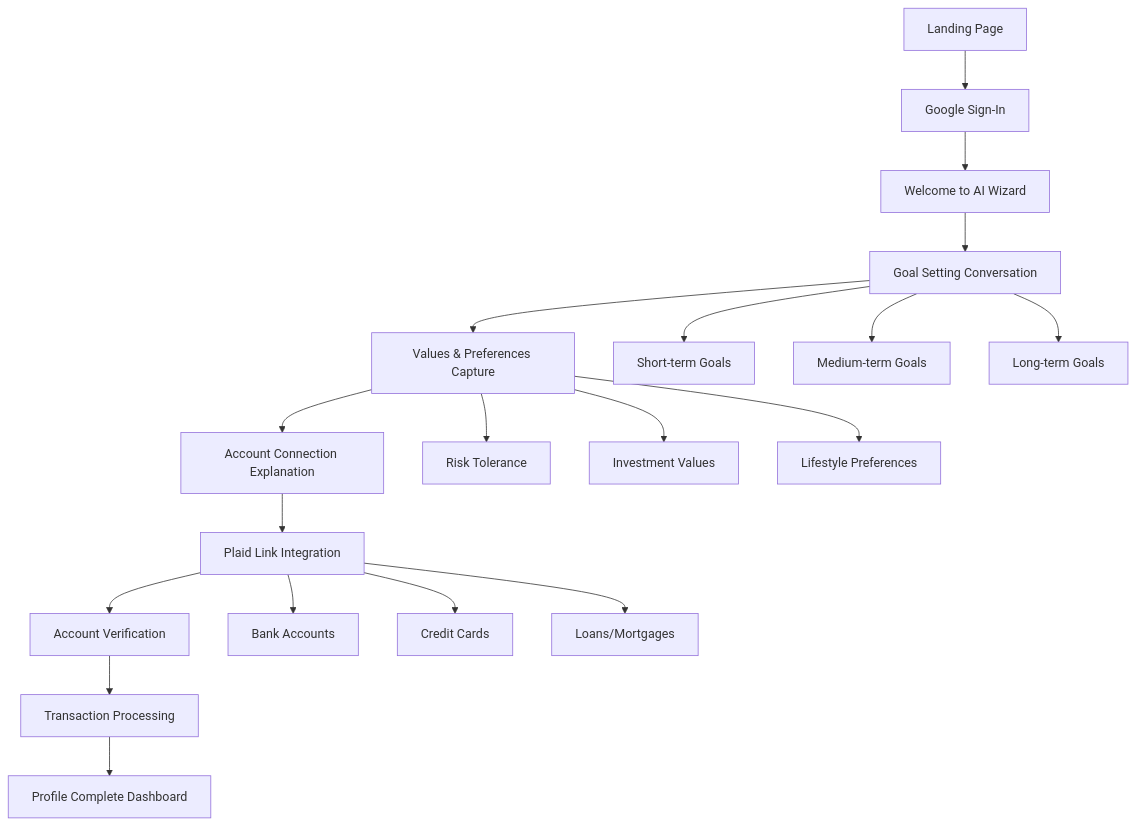
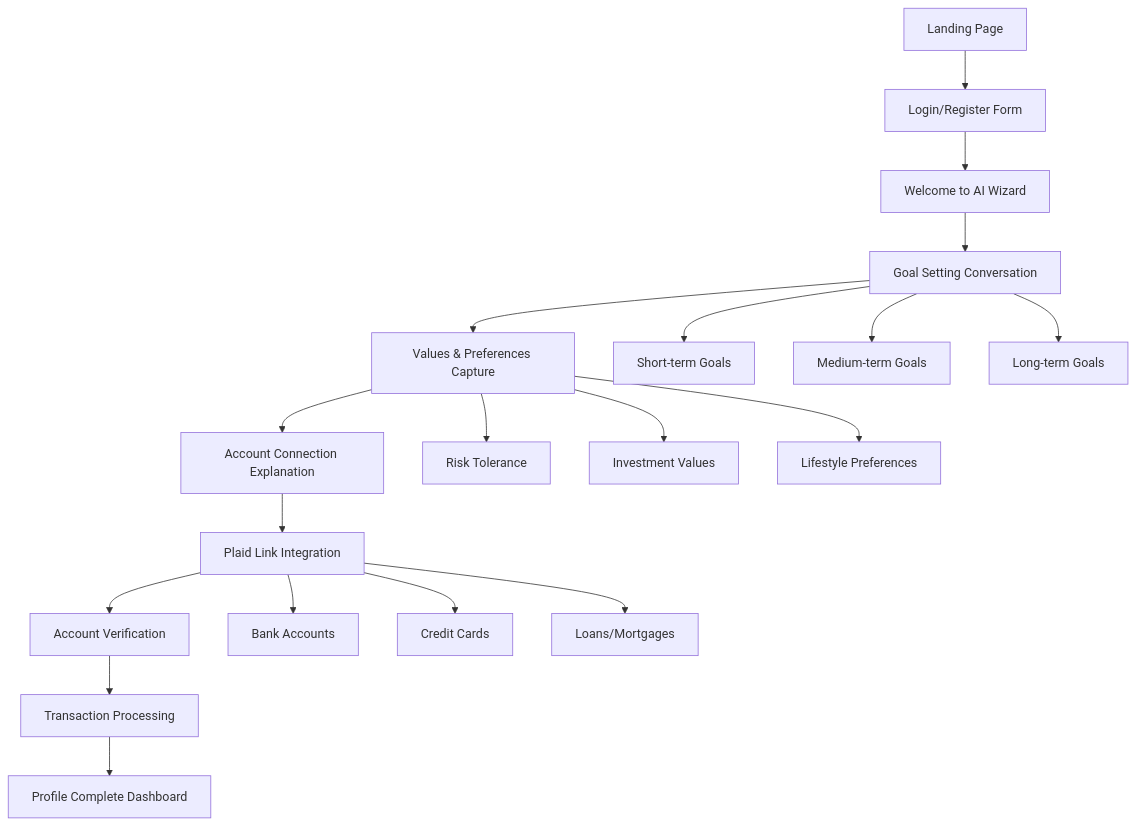
One commit to FinAssistant/financial-assistant changed the second of 3 diagrams in docs/front-end-spec.md. Above: the diagram before and after it, drawn with Mermaid. The commit also changed other lines of this file and 5 other files, not shown here.

````diff
--- a/docs/front-end-spec.md
+++ b/docs/front-end-spec.md
@@ -85,24 +85,24 @@
 ```mermaid
 graph TD
-    A[Landing Page] --> B[Google Sign-In]
+    A[Landing Page] --> B[Login/Register Form]
     B --> C[Welcome to AI Wizard]
     C --> D[Goal Setting Conversation]
     D --> E[Values & Preferences Capture]
     E --> F[Account Connection Explanation]
     F --> G[Plaid Link Integration]
     G --> H[Account Verification]
     H --> I[Transaction Processing]
     I --> J[Profile Complete Dashboard]
     
     D --> D1[Short-term Goals]
     D --> D2[Medium-term Goals] 
     D --> D3[Long-term Goals]
     
     E --> E1[Risk Tolerance]
     E --> E2[Investment Values]
     E --> E3[Lifestyle Preferences]
     
     G --> G1[Bank Accounts]
     G --> G2[Credit Cards]
     G --> G3[Loans/Mortgages]
 ```
````
